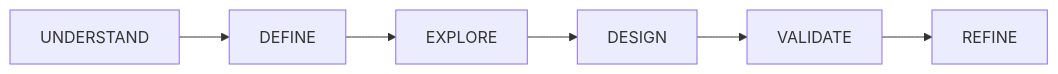
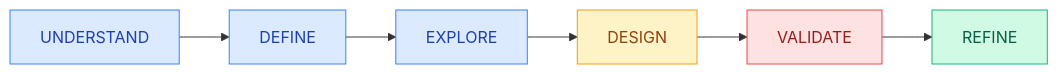
The diagram in docs/workflow/README.md (smileynet/ui-optimizer), drawn with Mermaid before and after one commit. The commit also changed 8 other files, not shown here.

First line of the commit message:
feat: add diagram best practices and consistent styling

````diff
--- a/docs/workflow/README.md
+++ b/docs/workflow/README.md
@@ -9,11 +9,16 @@
 ```mermaid
 flowchart LR
-    U[UNDERSTAND]
-    D[DEFINE]
-    E[EXPLORE]
-    DE[DESIGN]
-    V[VALIDATE]
-    R[REFINE]
+    classDef research fill:#DBEAFE,stroke:#3B82F6,color:#1E40AF
+    classDef design fill:#FEF3C7,stroke:#F59E0B,color:#92400E
+    classDef validate fill:#FEE2E2,stroke:#EF4444,color:#991B1B
+    classDef complete fill:#D1FAE5,stroke:#10B981,color:#065F46
+    
+    U[UNDERSTAND]:::research
+    D[DEFINE]:::research
+    E[EXPLORE]:::research
+    DE[DESIGN]:::design
+    V[VALIDATE]:::validate
+    R[REFINE]:::complete
     
     U --> D --> E --> DE --> V --> R
 ```
````
